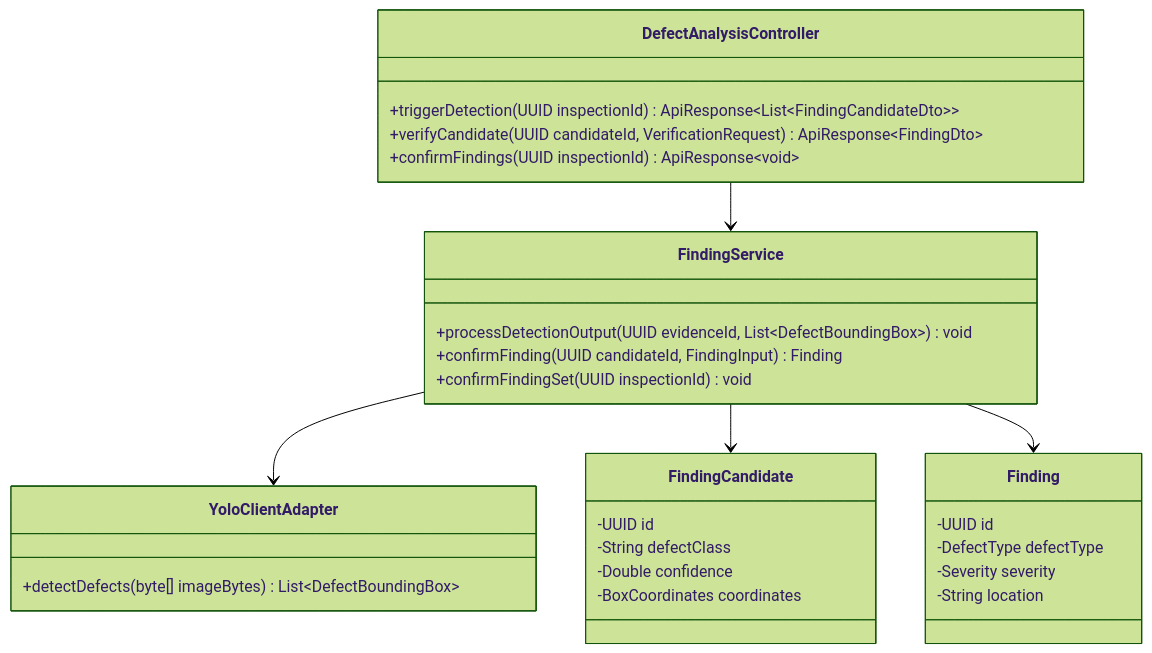
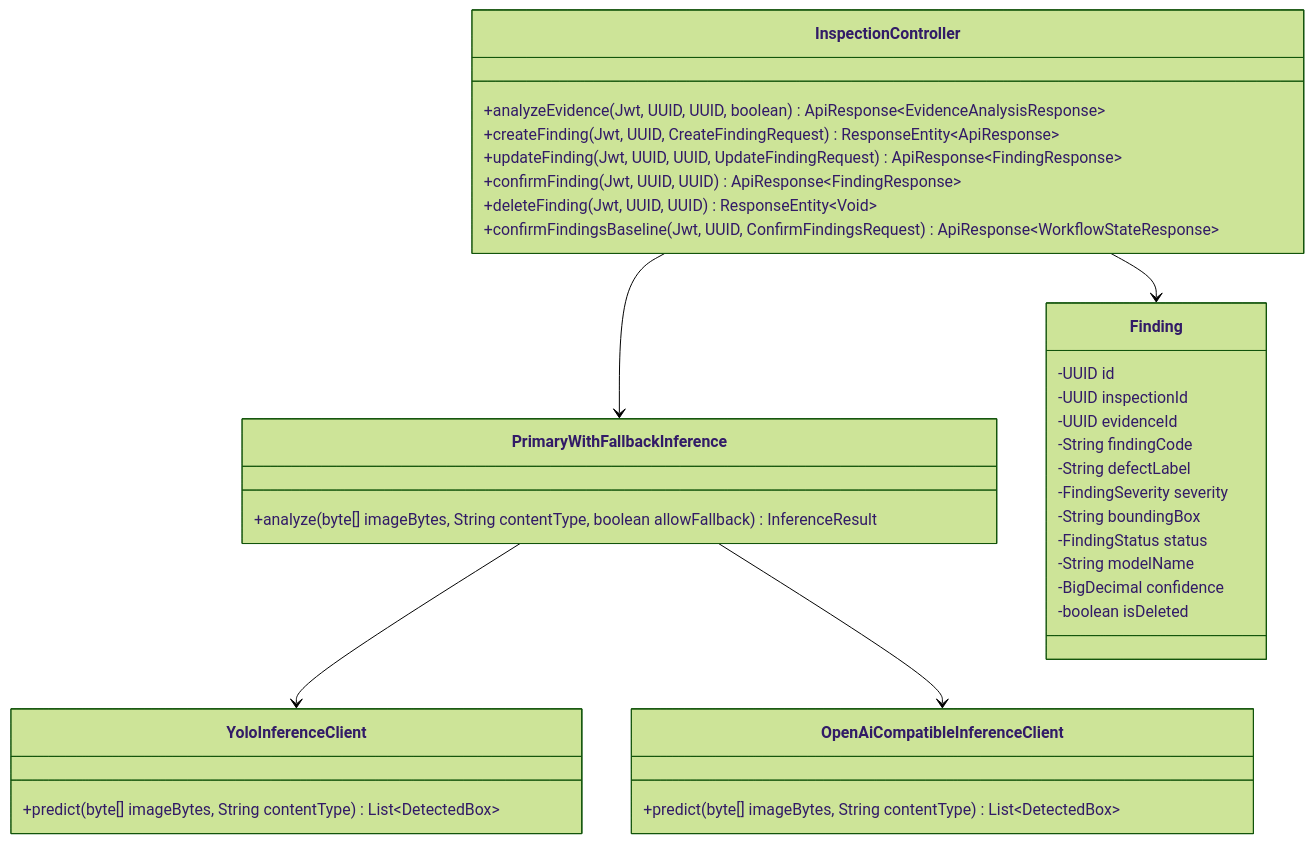
Before and after one commit to tungbach12/SmartDroneInspection-Docs: diagram 15 of 22 in reports/report-4-software-design-document/03-detailed-design.md, drawn with Mermaid (forest theme). The commit also changed other lines of this file and 155 other files, not shown here.

````diff
--- a/reports/report-4-software-design-document/03-detailed-design.md
+++ b/reports/report-4-software-design-document/03-detailed-design.md
@@ -399,33 +606,38 @@
 ```mermaid
-%% title: Defect Detection and Verification Class Diagram
+%% title: YOLO11 Defect Detection and Finding Verification Class Diagram
 classDiagram
-  class DefectAnalysisController {
-    +triggerDetection(UUID inspectionId) ApiResponse~List~FindingCandidateDto~~
-    +verifyCandidate(UUID candidateId, VerificationRequest) ApiResponse~FindingDto~
-    +confirmFindings(UUID inspectionId) ApiResponse~void~
+  class InspectionController {
+    +analyzeEvidence(Jwt, UUID, UUID, boolean) ApiResponse~EvidenceAnalysisResponse~
+    +createFinding(Jwt, UUID, CreateFindingRequest) ResponseEntity~ApiResponse~
+    +updateFinding(Jwt, UUID, UUID, UpdateFindingRequest) ApiResponse~FindingResponse~
+    +confirmFinding(Jwt, UUID, UUID) ApiResponse~FindingResponse~
+    +deleteFinding(Jwt, UUID, UUID) ResponseEntity~Void~
+    +confirmFindingsBaseline(Jwt, UUID, ConfirmFindingsRequest) ApiResponse~WorkflowStateResponse~
   }
-  class YoloClientAdapter {
-    +detectDefects(byte[] imageBytes) List~DefectBoundingBox~
+  class PrimaryWithFallbackInference {
+    +analyze(byte[] imageBytes, String contentType, boolean allowFallback) InferenceResult
   }
-  class FindingService {
-    +processDetectionOutput(UUID evidenceId, List~DefectBoundingBox~) void
-    +confirmFinding(UUID candidateId, FindingInput) Finding
-    +confirmFindingSet(UUID inspectionId) void
+  class YoloInferenceClient {
+    +predict(byte[] imageBytes, String contentType) List~DetectedBox~
   }
-  class FindingCandidate {
-    -UUID id
-    -String defectClass
-    -Double confidence
-    -BoxCoordinates coordinates
+  class OpenAiCompatibleInferenceClient {
+    +predict(byte[] imageBytes, String contentType) List~DetectedBox~
   }
   class Finding {
     -UUID id
-    -DefectType defectType
-    -Severity severity
-    -String location
+    -UUID inspectionId
+    -UUID evidenceId
+    -String findingCode
+    -String defectLabel
+    -FindingSeverity severity
+    -String boundingBox
+    -FindingStatus status
+    -String modelName
+    -BigDecimal confidence
+    -boolean isDeleted
   }
-  DefectAnalysisController --> FindingService
-  FindingService --> YoloClientAdapter
-  FindingService --> FindingCandidate
-  FindingService --> Finding
+  InspectionController --> PrimaryWithFallbackInference
+  PrimaryWithFallbackInference --> YoloInferenceClient
+  PrimaryWithFallbackInference --> OpenAiCompatibleInferenceClient
+  InspectionController --> Finding
 ```
````
